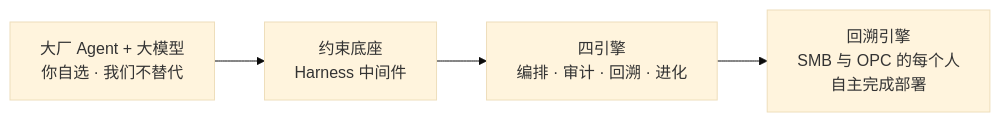
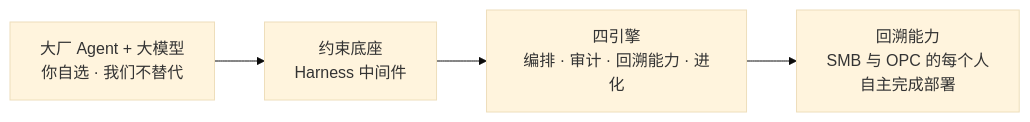
Before and after one commit to KongFangXun/sofagent: the diagram in FDE/FDE.md, drawn with Mermaid (base theme). The commit also changed other lines of this file and 20 other files, not shown here.

````diff
--- a/FDE/FDE.md
+++ b/FDE/FDE.md
@@ -49,6 +49,6 @@
 ```mermaid
 graph LR
     A[大厂 Agent + 大模型<br/>你自选 · 我们不替代] --> B[约束底座<br/>Harness 中间件]
-    B --> C[四引擎<br/>编排 · 审计 · 回溯 · 进化]
-    C --> D[回溯引擎<br/>SMB 与 OPC 的每个人<br/>自主完成部署]
+    B --> C[四引擎<br/>编排 · 审计 · 回溯能力 · 进化]
+    C --> D[回溯能力<br/>SMB 与 OPC 的每个人<br/>自主完成部署]
 ```
````
